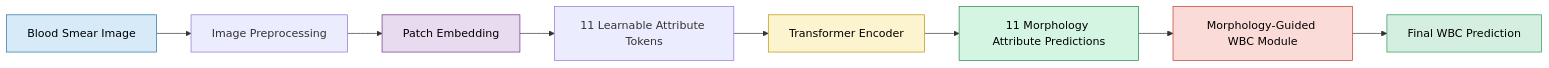
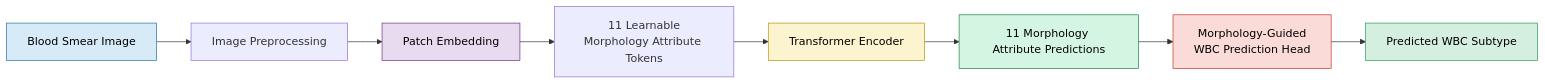
The first of 8 diagrams in README.md (fassi182/WBC_Morphology_Analysis_with_a_MAL_ViT_Inspired_Architecture), drawn with Mermaid before and after one commit. The commit also changed other lines of this file, not shown here.

````diff
--- a/README.md
+++ b/README.md
@@ -62,34 +62,34 @@
 ```mermaid
 flowchart LR
 
 A["Blood Smear Image"]
 
 B["Image Preprocessing"]
 
 C["Patch Embedding"]
 
-D["11 Learnable Attribute Tokens"]
+D["11 Learnable<br/>Morphology Attribute Tokens"]
 
 E["Transformer Encoder"]
 
 F["11 Morphology Attribute Predictions"]
 
-G["Morphology-Guided WBC Module"]
+G["Morphology-Guided<br/>WBC Prediction Head"]
 
-H["Final WBC Prediction"]
+H["Predicted WBC Subtype"]
 
 A --> B
 B --> C
 C --> D
 D --> E
 E --> F
 F --> G
 G --> H
 
 style A fill:#D6EAF8,stroke:#2471A3,color:#000
 style C fill:#E8DAEF,stroke:#6C3483,color:#000
 style E fill:#FCF3CF,stroke:#B7950B,color:#000
 style F fill:#D5F5E3,stroke:#1E8449,color:#000
 style G fill:#FADBD8,stroke:#C0392B,color:#000
 style H fill:#D4EFDF,stroke:#239B56,color:#000
 ```
````
